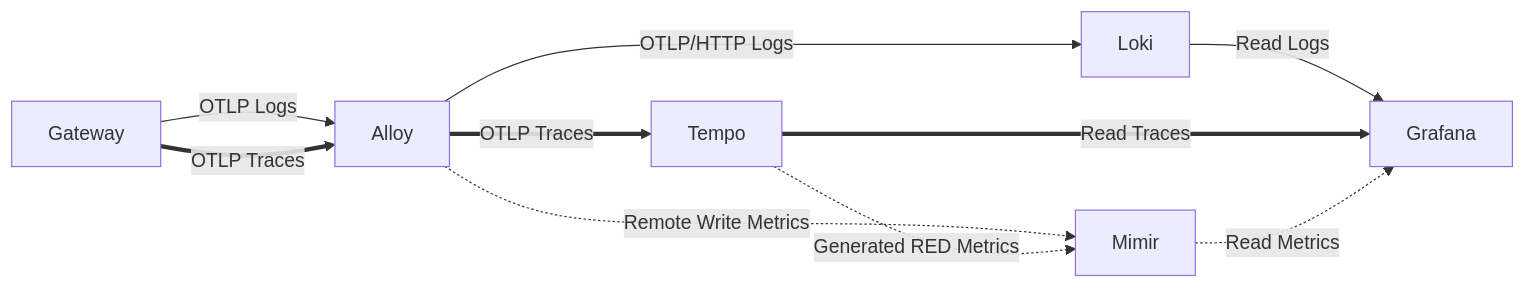
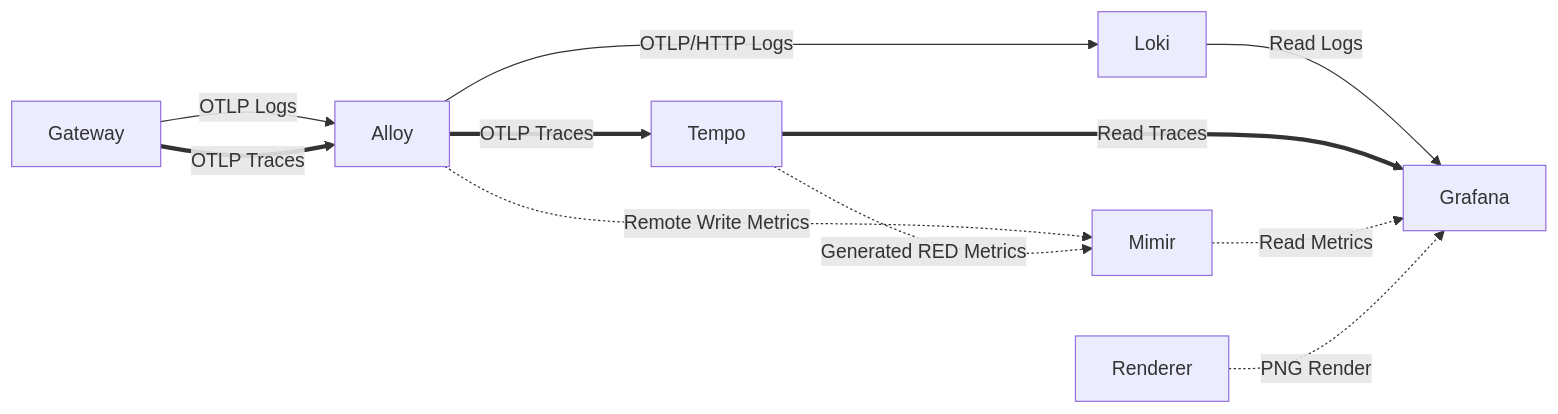
Before and after one commit to MarkusIsaksson1982/observatory: the diagram in README.md, drawn with Mermaid. The commit also changed other lines of this file and 4 other files, not shown here.

First line of the commit message:
fix: publication polish — terraform init, container count, Mermaid, encoding

````diff
--- a/README.md
+++ b/README.md
@@ -7,22 +7,24 @@
 ```mermaid
 flowchart LR
     Gateway[Gateway]
     Alloy[Alloy]
     Loki[Loki]
     Tempo[Tempo]
     Mimir[Mimir]
     Grafana[Grafana]
+    Renderer[Renderer]
 
     Gateway -->|OTLP Logs| Alloy
     Gateway ==>|OTLP Traces| Alloy
 
     Alloy -->|OTLP/HTTP Logs| Loki
     Alloy ==>|OTLP Traces| Tempo
     Alloy -.->|Remote Write Metrics| Mimir
 
     Tempo -.->|Generated RED Metrics| Mimir
 
     Loki -->|Read Logs| Grafana
     Tempo ==>|Read Traces| Grafana
     Mimir -.->|Read Metrics| Grafana
+    Renderer -.->|PNG Render| Grafana
 ```
````
